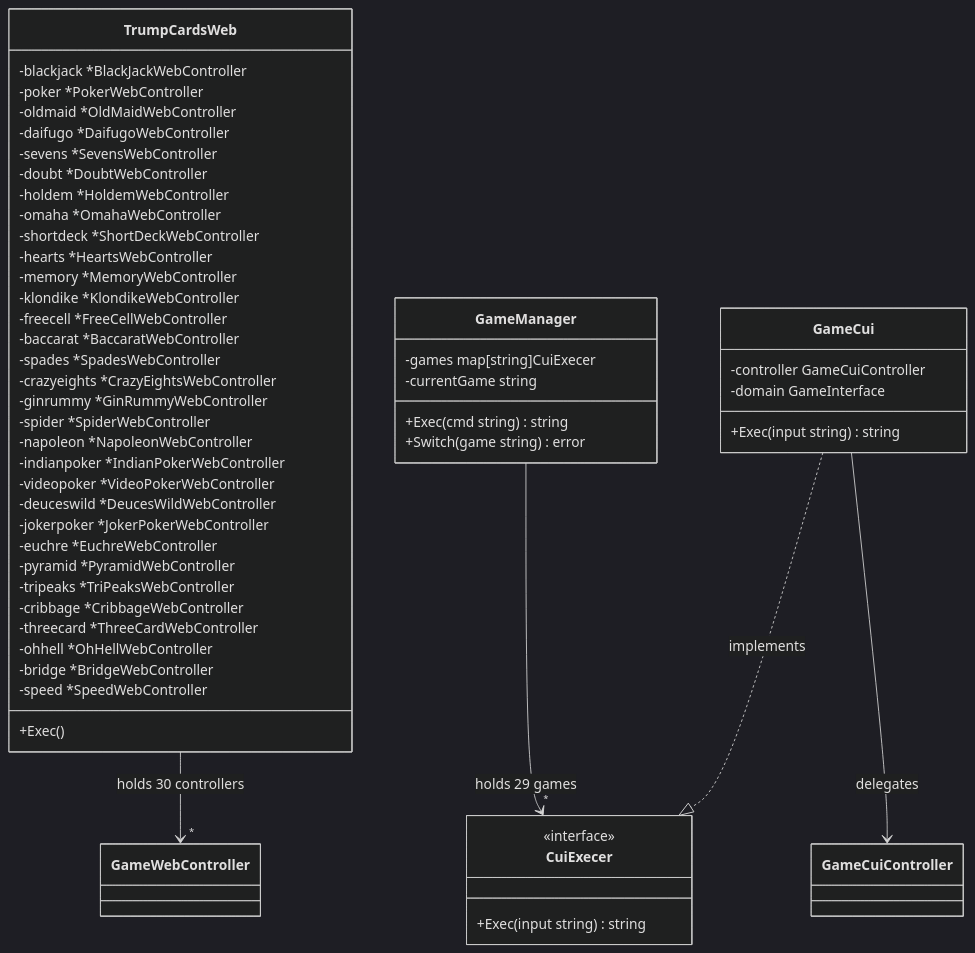
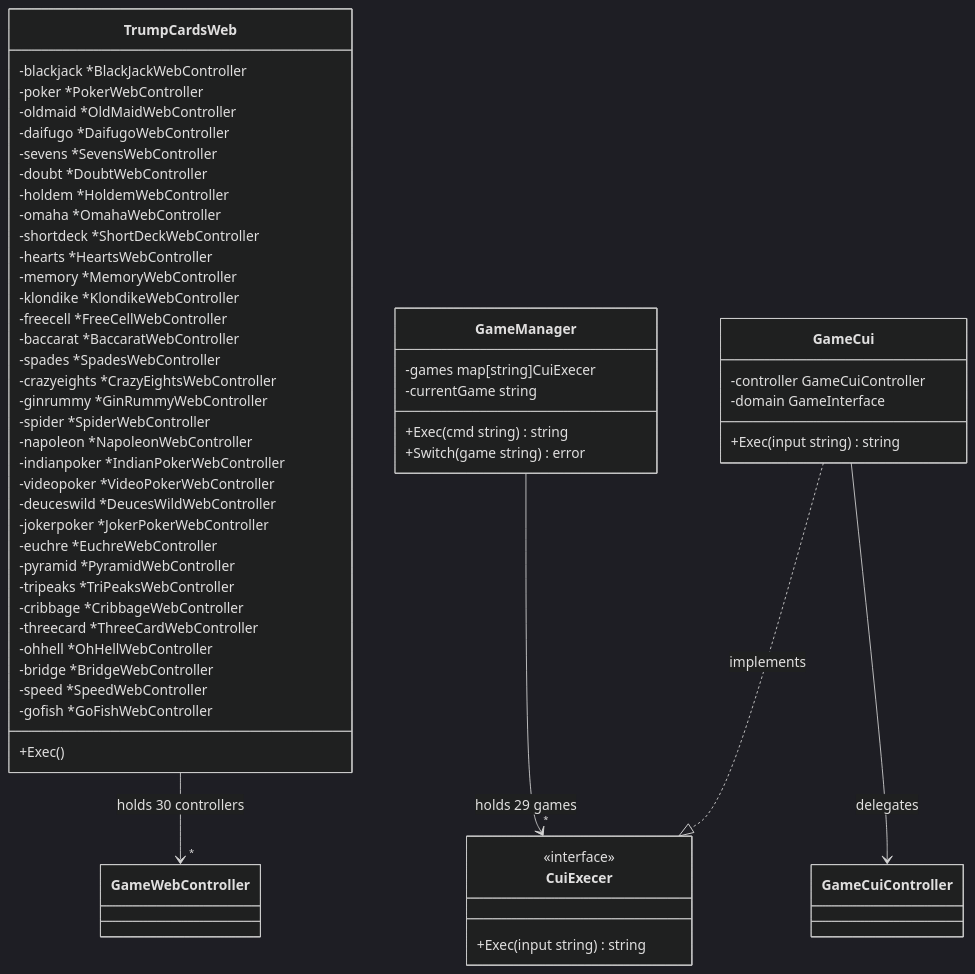
Diagram 11 of 43 in docs/design/backend.md (yuta-yoshinaga/go_trumpcards), drawn with Mermaid (dark theme) before and after one commit. The commit also changed other lines of this file and 52 other files, not shown here.

````diff
--- a/docs/design/backend.md
+++ b/docs/design/backend.md
@@ -983,60 +1013,61 @@
 ```mermaid
 classDiagram
     class TrumpCardsWeb {
         -blackjack *BlackJackWebController
         -poker *PokerWebController
         -oldmaid *OldMaidWebController
         -daifugo *DaifugoWebController
         -sevens *SevensWebController
         -doubt *DoubtWebController
         -holdem *HoldemWebController
         -omaha *OmahaWebController
         -shortdeck *ShortDeckWebController
         -hearts *HeartsWebController
         -memory *MemoryWebController
         -klondike *KlondikeWebController
         -freecell *FreeCellWebController
         -baccarat *BaccaratWebController
         -spades *SpadesWebController
         -crazyeights *CrazyEightsWebController
         -ginrummy *GinRummyWebController
         -spider *SpiderWebController
         -napoleon *NapoleonWebController
         -indianpoker *IndianPokerWebController
         -videopoker *VideoPokerWebController
         -deuceswild *DeucesWildWebController
         -jokerpoker *JokerPokerWebController
         -euchre *EuchreWebController
         -pyramid *PyramidWebController
         -tripeaks *TriPeaksWebController
         -cribbage *CribbageWebController
         -threecard *ThreeCardWebController
         -ohhell *OhHellWebController
         -bridge *BridgeWebController
         -speed *SpeedWebController
+        -gofish *GoFishWebController
         +Exec()
     }
 
     class GameManager {
         -games map[string]CuiExecer
         -currentGame string
         +Exec(cmd string) string
         +Switch(game string) error
     }
 
     class CuiExecer {
         <<interface>>
         +Exec(input string) string
     }
 
     class GameCui {
         -controller GameCuiController
         -domain GameInterface
         +Exec(input string) string
     }
 
     TrumpCardsWeb --> "*" GameWebController : holds 30 controllers
     GameManager --> "*" CuiExecer : holds 29 games
     GameCui ..|> CuiExecer : implements
     GameCui --> GameCuiController : delegates
 ```
````
